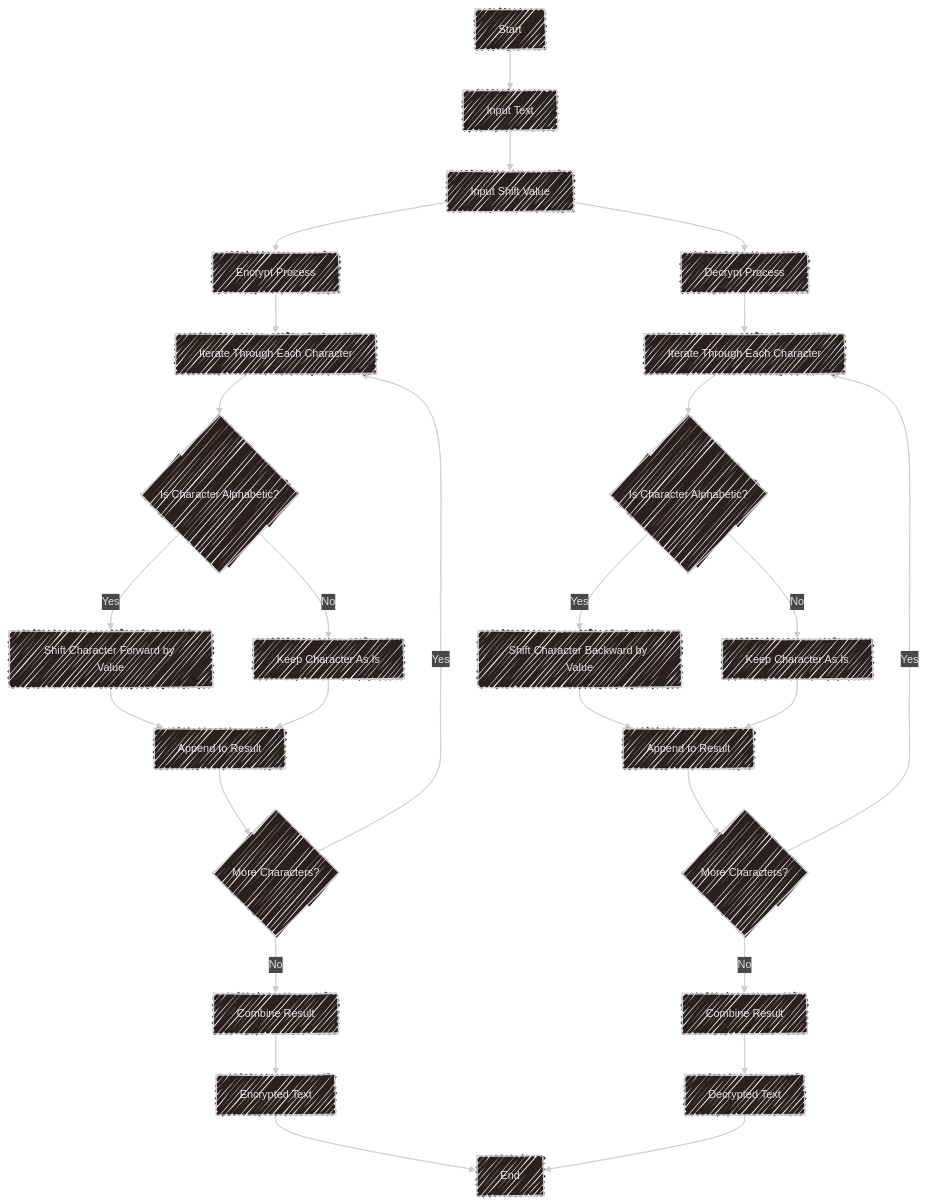
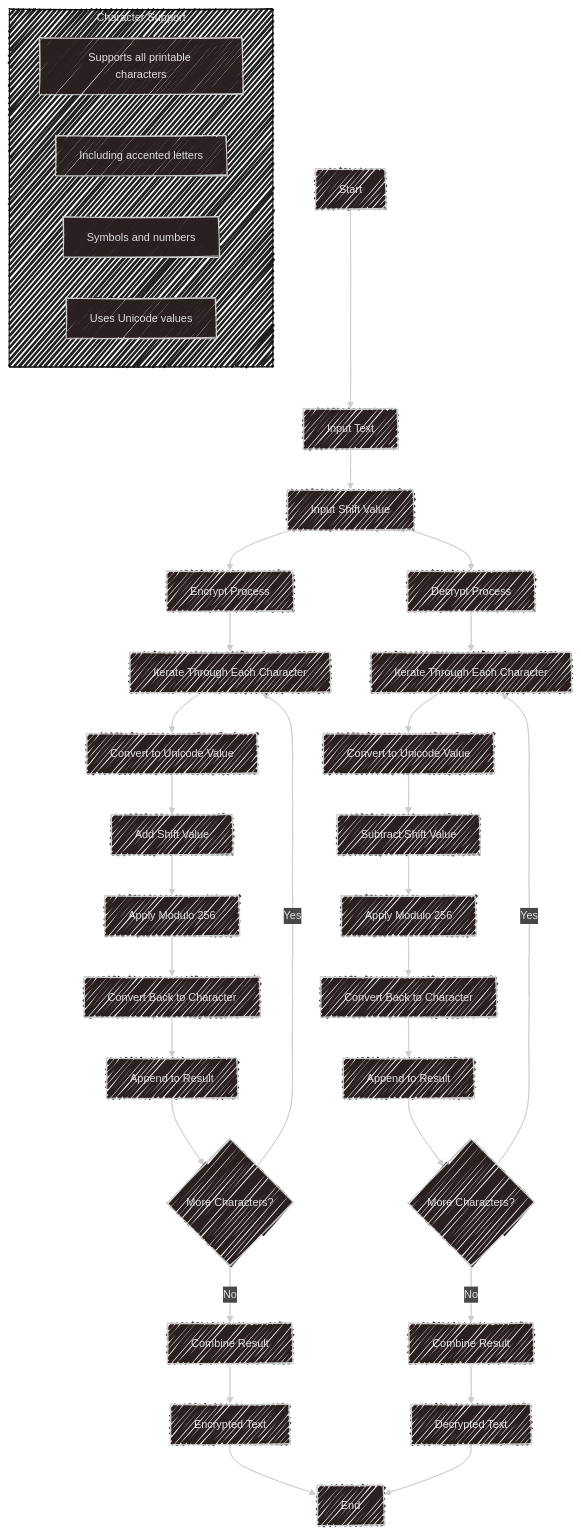
Before and after one commit to malic1tus/caesar-cipher: the diagram in README.md, drawn with Mermaid. The commit also changed other lines of this file, not shown here.

````diff
--- a/README.md
+++ b/README.md
@@ -95,36 +95,46 @@
 ```mermaid
 ---
 config:
   layout: fixed
   theme: neo-dark
   look: handDrawn
 ---
 graph TD
     A[Start] --> B[Input Text]
     B --> C[Input Shift Value]
     C --> D1[Encrypt Process] & D2[Decrypt Process]
     
     %% Encryption Path
     D1 --> E1[Iterate Through Each Character]
-    E1 --> F1{Is Character Alphabetic?}
-    F1 -->|Yes| G1[Shift Character Forward by Value]
-    F1 -->|No| H1[Keep Character As Is]
-    G1 & H1 --> I1[Append to Result]
-    I1 --> J1{More Characters?}
-    J1 -->|Yes| E1
-    J1 -->|No| K1[Combine Result]
+    E1 --> F1[Convert to Unicode Value]
+    F1 --> G1[Add Shift Value]
+    G1 --> H1[Apply Modulo 256]
+    H1 --> I1[Convert Back to Character]
+    I1 --> J1[Append to Result]
+    J1 --> K1{More Characters?}
+    K1 -->|Yes| E1
+    K1 -->|No| L1[Combine Result]
     
     %% Decryption Path
     D2 --> E2[Iterate Through Each Character]
-    E2 --> F2{Is Character Alphabetic?}
-    F2 -->|Yes| G2[Shift Character Backward by Value]
-    F2 -->|No| H2[Keep Character As Is]
-    G2 & H2 --> I2[Append to Result]
-    I2 --> J2{More Characters?}
-    J2 -->|Yes| E2
-    J2 -->|No| K2[Combine Result]
+    E2 --> F2[Convert to Unicode Value]
+    F2 --> G2[Subtract Shift Value]
+    G2 --> H2[Apply Modulo 256]
+    H2 --> I2[Convert Back to Character]
+    I2 --> J2[Append to Result]
+    J2 --> K2{More Characters?}
+    K2 -->|Yes| E2
+    K2 -->|No| L2[Combine Result]
     
-    K1 --> L1[Encrypted Text]
-    K2 --> L2[Decrypted Text]
-    L1 & L2 --> M[End]
+    L1 --> M1[Encrypted Text]
+    L2 --> M2[Decrypted Text]
+    M1 & M2 --> N[End]
+
+    %% Add notes for clarity
+    subgraph "Character Support"
+        Note1[Supports all printable characters]
+        Note2[Including accented letters]
+        Note3[Symbols and numbers]
+        Note4[Uses Unicode values]
+    end
 ```
````
